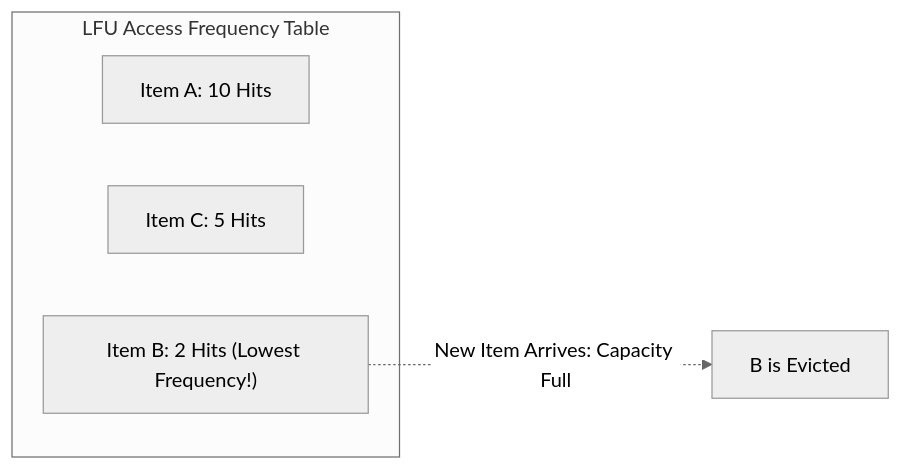
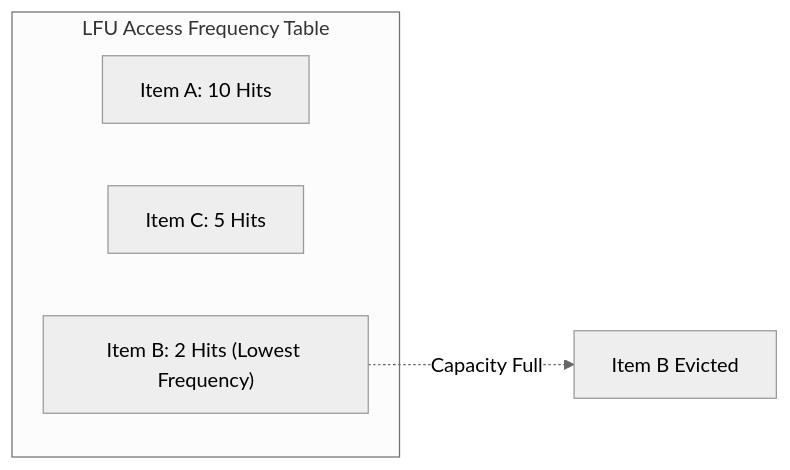
Before and after one commit to Sujalkathait/high-level-design: the second of 3 diagrams in 05-caching/eviction-policies.md, drawn with Mermaid (neutral theme). The commit also changed other lines of this file and 4 other files, not shown here.

Commit message:
fix(caching): fix all mermaid diagram syntax, quoting, and formatting across caching docs

````diff
--- a/05-caching/eviction-policies.md
+++ b/05-caching/eviction-policies.md
@@ -63,9 +66,9 @@
 ```mermaid
 flowchart LR
     subgraph FrequencyCounters ["LFU Access Frequency Table"]
         A["Item A: 10 Hits"]
         C["Item C: 5 Hits"]
-        B["Item B: 2 Hits (Lowest Frequency!)"]
+        B["Item B: 2 Hits (Lowest Frequency)"]
     end
-    B -.->|"New Item Arrives: Capacity Full"| Evict[B is Evicted]
+    B -.->|"Capacity Full"| Evict["Item B Evicted"]
 ```
````
